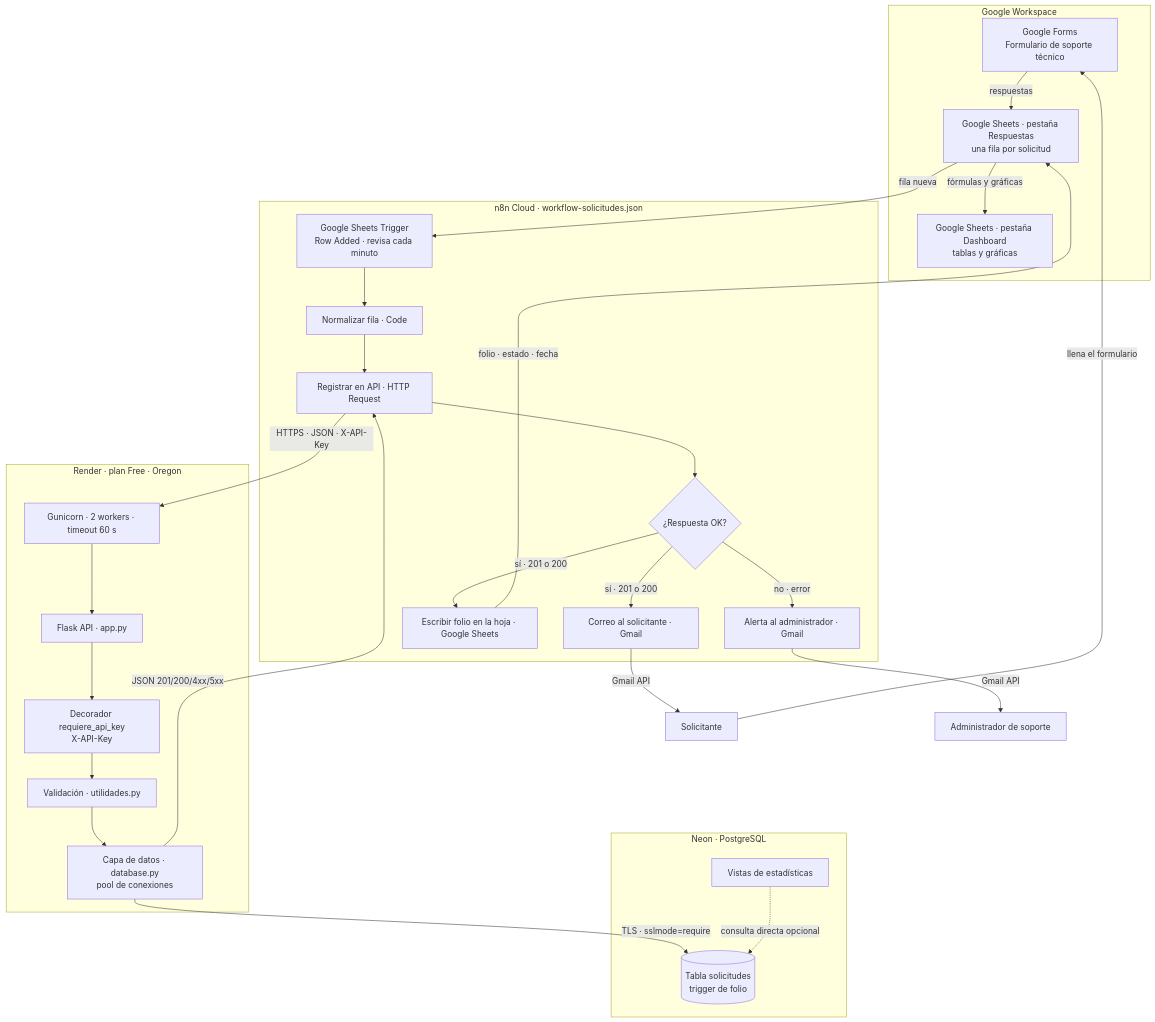
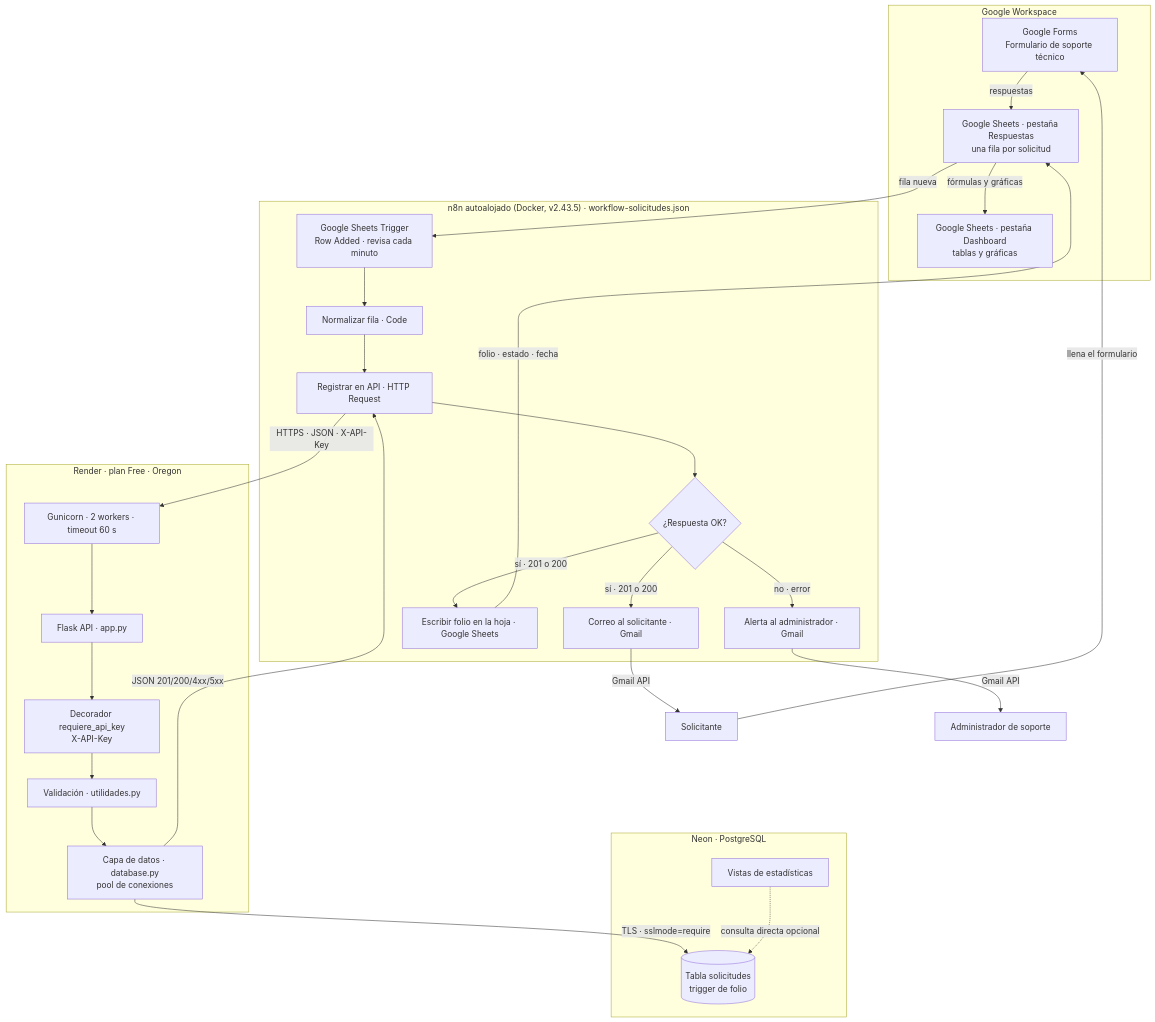
Before and after one commit to Trampas23/proyecto-solicitudes-soporte: the first of 2 diagrams in docs/documentacion-tecnica.md, drawn with Mermaid. The commit also changed other lines of this file and 3 other files, not shown here.

````diff
--- a/docs/documentacion-tecnica.md
+++ b/docs/documentacion-tecnica.md
@@ -146,49 +148,49 @@
 ```mermaid
 flowchart TB
     subgraph GW["Google Workspace"]
         F["Google Forms<br/>Formulario de soporte técnico"]
         S["Google Sheets · pestaña Respuestas<br/>una fila por solicitud"]
         DASH["Google Sheets · pestaña Dashboard<br/>tablas y gráficas"]
     end
 
-    subgraph N8N["n8n Cloud · workflow-solicitudes.json"]
+    subgraph N8N["n8n autoalojado (Docker, v2.43.5) · workflow-solicitudes.json"]
         TRIG["Google Sheets Trigger<br/>Row Added · revisa cada minuto"]
         NORM["Normalizar fila · Code"]
         HTTP["Registrar en API · HTTP Request"]
         COND{"¿Respuesta OK?"}
         GMAIL1["Correo al solicitante · Gmail"]
         SHEETSU["Escribir folio en la hoja · Google Sheets"]
         GMAIL2["Alerta al administrador · Gmail"]
     end
 
     subgraph RW["Render · plan Free · Oregon"]
         GUN["Gunicorn · 2 workers · timeout 60 s"]
         APP["Flask API · app.py"]
         AUTH["Decorador requiere_api_key<br/>X-API-Key"]
         VAL["Validación · utilidades.py"]
         DATA["Capa de datos · database.py<br/>pool de conexiones"]
     end
 
     subgraph NE["Neon · PostgreSQL"]
         TB[("Tabla solicitudes<br/>trigger de folio")]
         VISTAS["Vistas de estadísticas"]
     end
 
     USU["Solicitante"] -->|"llena el formulario"| F
     F -->|"respuestas"| S
     S -->|"fila nueva"| TRIG
     TRIG --> NORM --> HTTP
     HTTP -->|"HTTPS · JSON · X-API-Key"| GUN
     GUN --> APP --> AUTH --> VAL --> DATA
     DATA -->|"TLS · sslmode=require"| TB
     DATA -->|"JSON 201/200/4xx/5xx"| HTTP
     HTTP --> COND
     COND -->|"sí · 201 o 200"| GMAIL1
     COND -->|"sí · 201 o 200"| SHEETSU
     COND -->|"no · error"| GMAIL2
     SHEETSU -->|"folio · estado · fecha"| S
     S -->|"fórmulas y gráficas"| DASH
     GMAIL1 -->|"Gmail API"| USU
     GMAIL2 -->|"Gmail API"| ADM["Administrador de soporte"]
     VISTAS -.->|"consulta directa opcional"| TB
 ```
````
